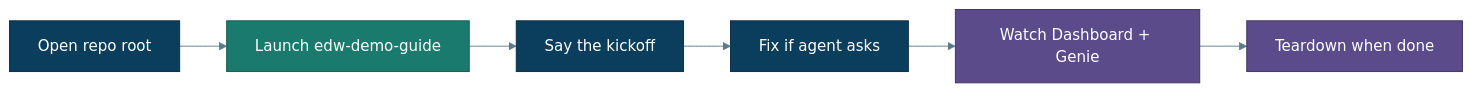
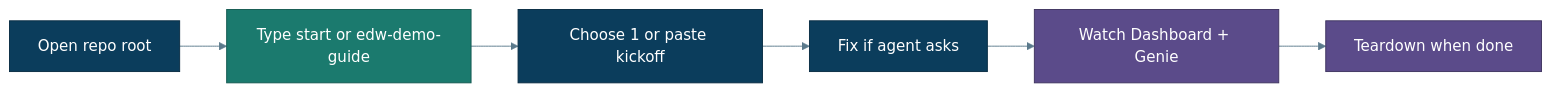
Before and after one commit to Jericho2010/edwmigration: the first of 2 diagrams in docs/guided-demo.md, drawn with Mermaid. The commit also changed other lines of this file and 58 other files, not shown here.

First line of the commit message:
Add edw-start front door, harden subagents, and clarify start-first docs.

````diff
--- a/docs/guided-demo.md
+++ b/docs/guided-demo.md
@@ -9,15 +9,15 @@
 ```mermaid
 %%{init: {"theme":"base","themeVariables":{"primaryColor":"#E8F1F8","primaryTextColor":"#0B3D5C","primaryBorderColor":"#0B3D5C","lineColor":"#5B7A8C","secondaryColor":"#E6F4F1","tertiaryColor":"#F7F3EA","background":"#FFFFFF","mainBkg":"#E8F1F8","clusterBkg":"#F7FAFC","clusterBorder":"#5B7A8C","titleColor":"#0B3D5C","edgeLabelBackground":"#FFFFFF"}}}%%
 flowchart LR
-  O[Open repo root] --> G[Launch edw-demo-guide]
-  G --> S[Say the kickoff]
+  O[Open repo root] --> G[Type start or edw-demo-guide]
+  G --> S[Choose 1 or paste kickoff]
   S --> F[Fix if agent asks]
   F --> W[Watch Dashboard + Genie]
   W --> T[Teardown when done]
   classDef user fill:#0B3D5C,stroke:#082C43,color:#fff
   classDef agent fill:#1B7A6E,stroke:#145A51,color:#fff
   classDef ops fill:#5B4B8A,stroke:#3F3460,color:#fff
   class O,S,F user
   class G agent
   class W,T ops
 ```
````
